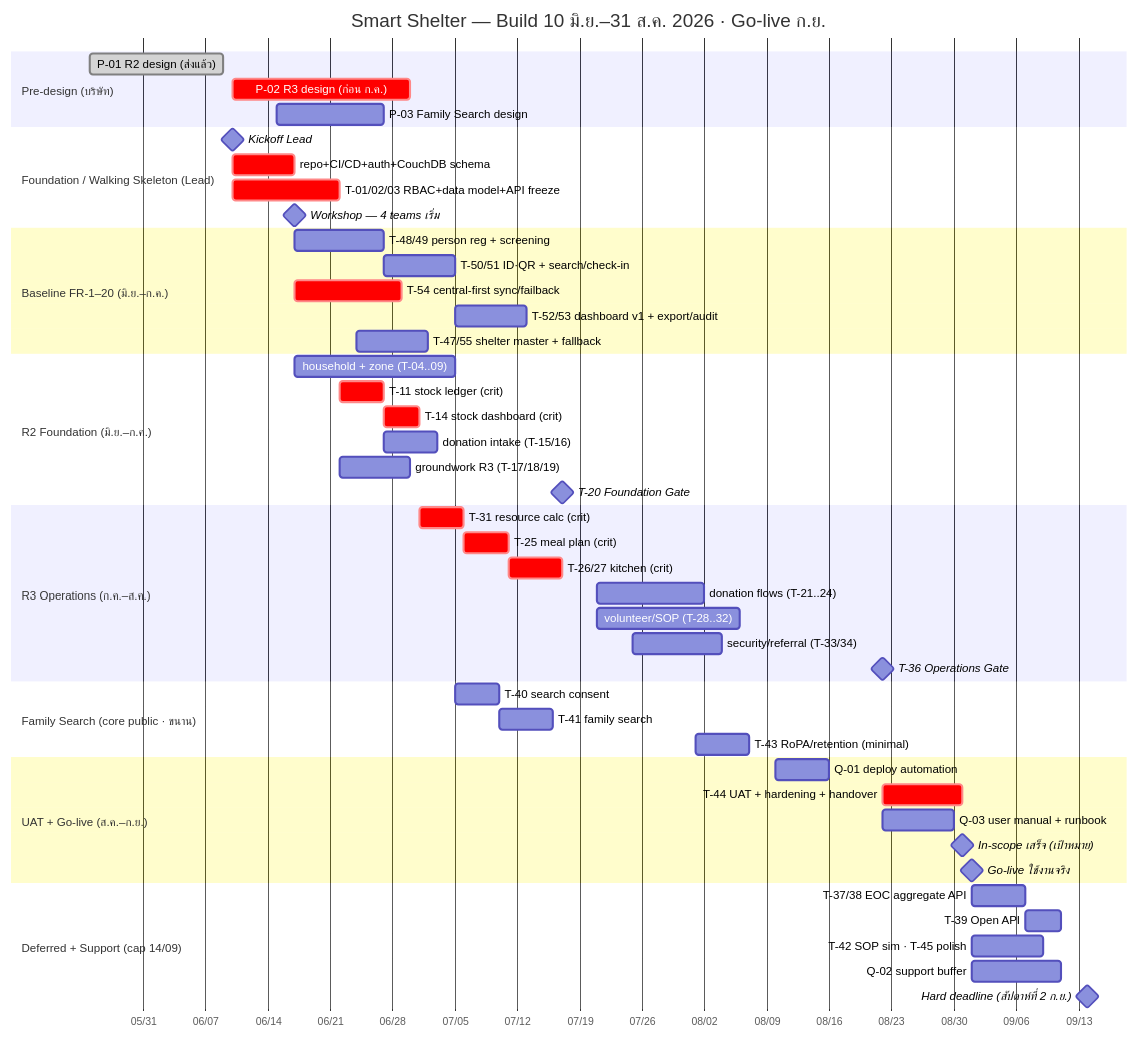
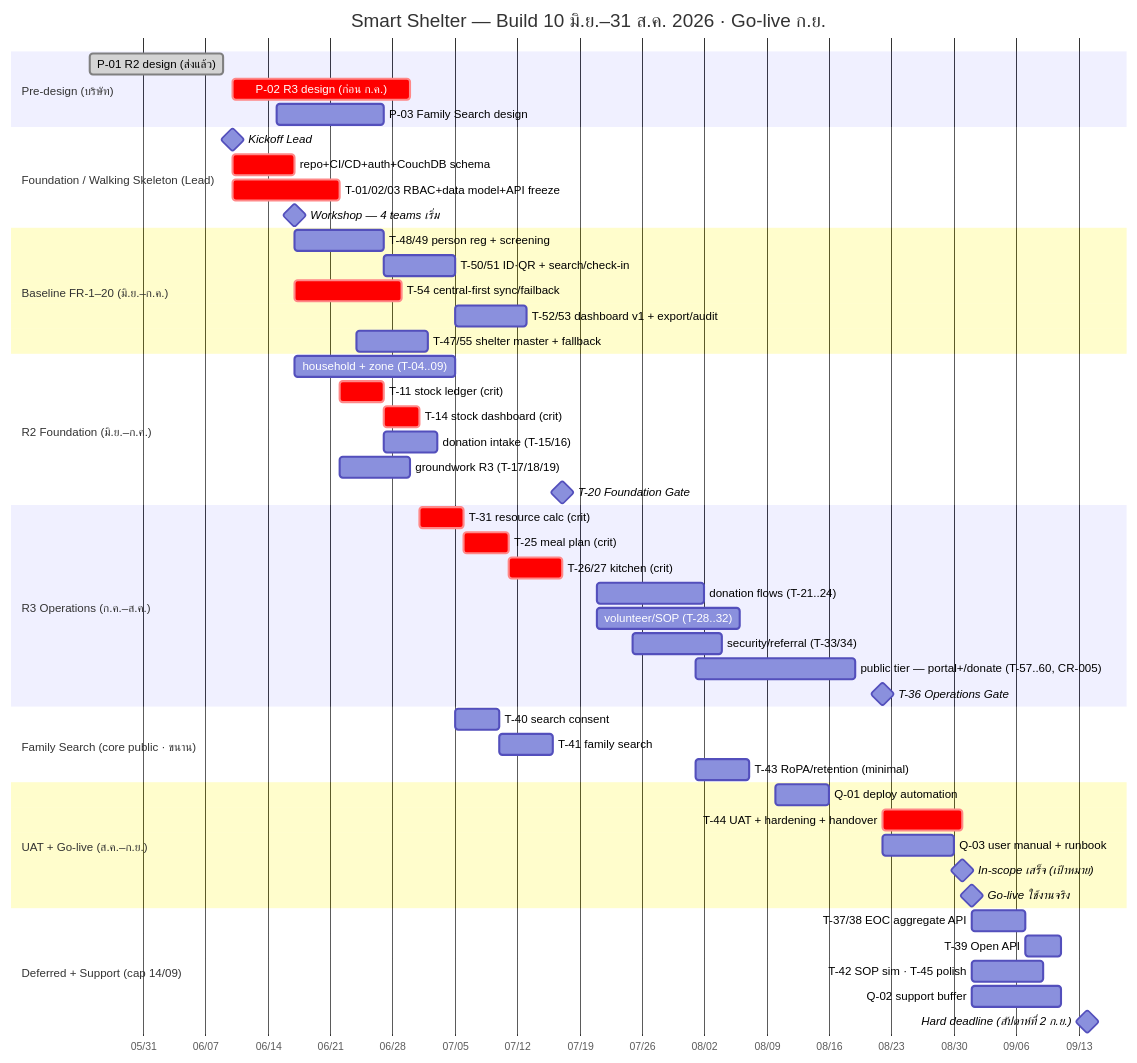
One commit to r202-coe-psu/tent changed the second of 2 diagrams in docs/task-breakdown/_timeline.md. Above: the diagram before and after it, drawn with Mermaid. The commit also changed other lines of this file and 6 other files, not shown here.

Commit message:
docs: update task breakdown for CR-005: add public portal module, enhance donation and family search specifications, and revise related documentation

````diff
--- a/docs/task-breakdown/_timeline.md
+++ b/docs/task-breakdown/_timeline.md
@@ -179,60 +192,61 @@
 ```mermaid
 gantt
   title Smart Shelter — Build 10 มิ.ย.–31 ส.ค. 2026 · Go-live ก.ย.
   dateFormat YYYY-MM-DD
   axisFormat %m/%d
 
   section Pre-design (บริษัท)
   P-01 R2 design (ส่งแล้ว)          :done, p1, 2026-05-25, 2026-06-09
   P-02 R3 design (ก่อน ก.ค.)         :crit, p2, 2026-06-10, 2026-06-30
   P-03 Family Search design          :p3, 2026-06-15, 12d
 
   section Foundation / Walking Skeleton (Lead)
   Kickoff Lead                       :milestone, k0, 2026-06-10, 0d
   repo+CI/CD+auth+CouchDB schema      :crit, sk, 2026-06-10, 7d
   T-01/02/03 RBAC+data model+API freeze :crit, t013, 2026-06-10, 12d
   Workshop — 4 teams เริ่ม            :milestone, w1, 2026-06-17, 0d
 
   section Baseline FR-1–20 (มิ.ย.–ก.ค.)
   T-48/49 person reg + screening      :bl1, 2026-06-17, 10d
   T-50/51 ID·QR + search/check-in     :bl2, after bl1, 8d
   T-54 central-first sync/failback    :crit, bl3, 2026-06-17, 12d
   T-52/53 dashboard v1 + export/audit :bl4, after bl2, 8d
   T-47/55 shelter master + fallback   :bl5, 2026-06-24, 8d
 
   section R2 Foundation (มิ.ย.–ก.ค.)
   household + zone (T-04..09)         :t0409, 2026-06-17, 18d
   T-11 stock ledger (crit)           :crit, t11, after t013, 5d
   T-14 stock dashboard (crit)        :crit, t14, after t11, 4d
   donation intake (T-15/16)          :t1516, after t11, 6d
   groundwork R3 (T-17/18/19)         :gw, after t013, 8d
   T-20 Foundation Gate               :milestone, g2, 2026-07-17, 0d
 
   section R3 Operations (ก.ค.–ส.ค.)
   T-31 resource calc (crit)          :crit, t31, after t14, 5d
   T-25 meal plan (crit)              :crit, t25, after t31, 5d
   T-26/27 kitchen (crit)             :crit, t2627, after t25, 6d
   donation flows (T-21..24)          :t2124, 2026-07-21, 12d
   volunteer/SOP (T-28..32)           :t2832, 2026-07-21, 16d
   security/referral (T-33/34)        :t3334, 2026-07-25, 10d
+  public tier — portal+/donate (T-57..60, CR-005) :pub, 2026-08-01, 18d
   T-36 Operations Gate               :milestone, g3, 2026-08-22, 0d
 
   section Family Search (core public · ขนาน)
   T-40 search consent                :fs1, after t0409, 5d
   T-41 family search                 :fs2, after fs1, 6d
   T-43 RoPA/retention (minimal)      :t43, 2026-08-01, 6d
 
   section UAT + Go-live (ส.ค.–ก.ย.)
   Q-01 deploy automation             :q1, 2026-08-10, 6d
   T-44 UAT + hardening + handover    :crit, t44, 2026-08-22, 9d
   Q-03 user manual + runbook         :q3, 2026-08-22, 8d
   In-scope เสร็จ (เป้าหมาย)           :milestone, dl, 2026-08-31, 0d
   Go-live ใช้งานจริง                  :milestone, gl, 2026-09-01, 0d
 
   section Deferred + Support (cap 14/09)
   T-37/38 EOC aggregate API          :def1, 2026-09-01, 6d
   T-39 Open API                      :def2, after def1, 4d
   T-42 SOP sim · T-45 polish         :def3, 2026-09-01, 8d
   Q-02 support buffer                :q2, 2026-09-01, 10d
   Hard deadline (สัปดาห์ที่ 2 ก.ย.)    :milestone, hd, 2026-09-14, 0d
 ```
````
